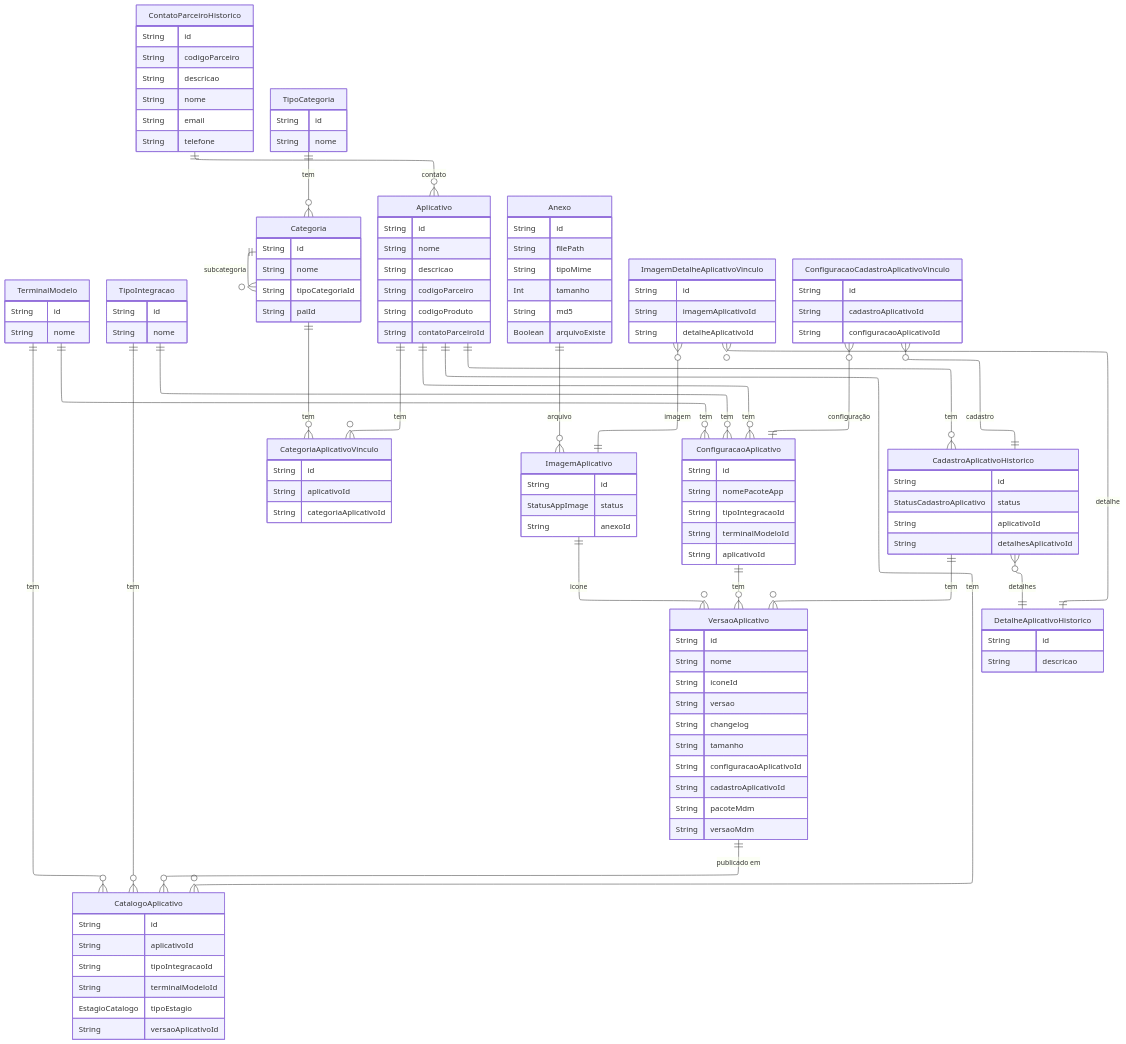
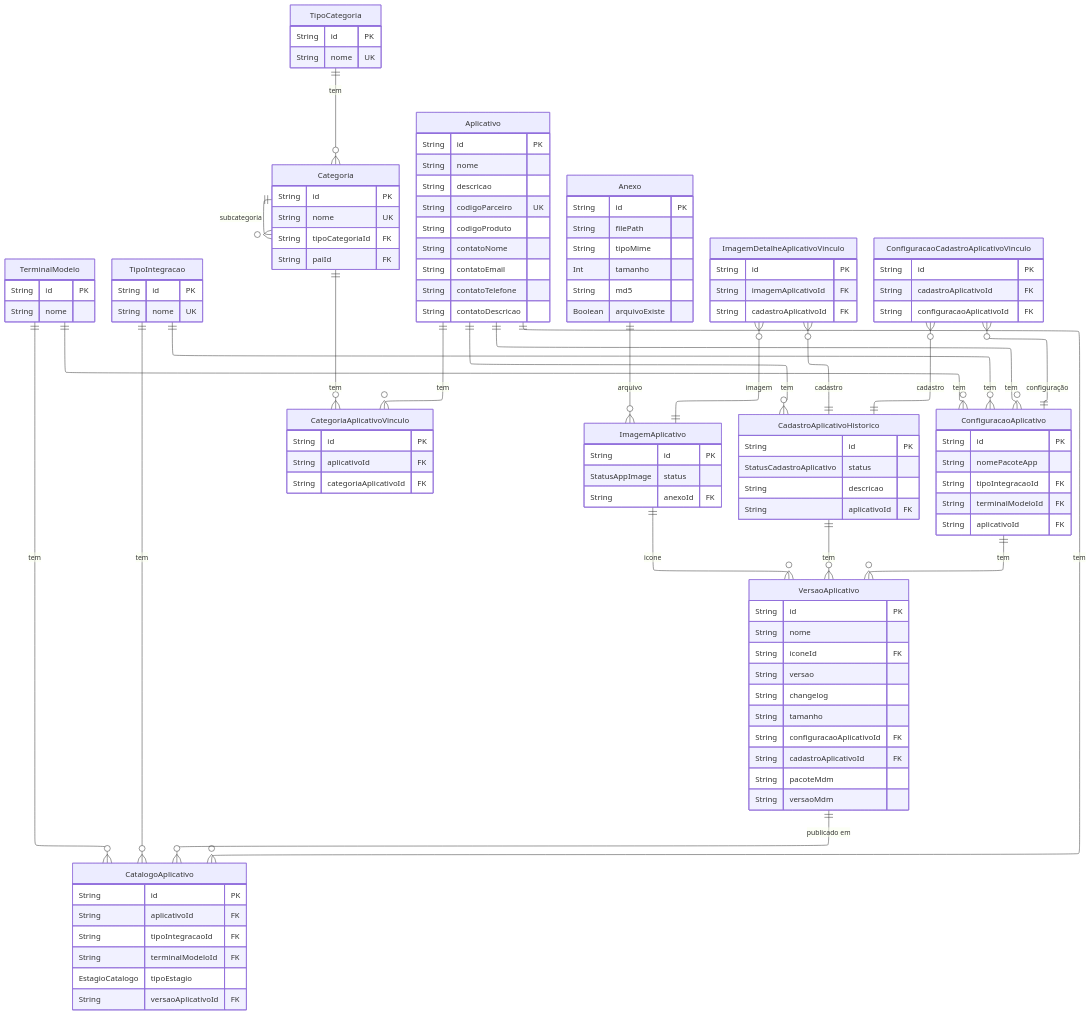
The diagram in docs/erdiagram.md (brunojet/store-nodejs), drawn with Mermaid before and after one commit. The commit also changed 5 other files, not shown here.

````diff
--- a/docs/erdiagram.md
+++ b/docs/erdiagram.md
@@ -8,103 +8,94 @@
 erDiagram
 	direction TB
 	TerminalModelo {
-		String id  ""
-		String nome  ""
+		String id PK
+		String nome
 	}
 	TipoIntegracao {
-		String id  ""
-		String nome  ""
-	}
-	ContatoParceiroHistorico {
-		String id  ""
-		String codigoParceiro  ""
-		String descricao  ""
-		String nome  ""
-		String email  ""
-		String telefone  ""
+		String id PK
+		String nome UK
 	}
 	TipoCategoria {
-		String id  ""
-		String nome  ""
+		String id PK
+		String nome UK
 	}
 	Categoria {
-		String id  ""
-		String nome  ""
-		String tipoCategoriaId  ""
-		String paiId  ""
+		String id PK
+		String nome UK
+		String tipoCategoriaId FK
+		String paiId FK
 	}
 	CategoriaAplicativoVinculo {
-		String id  ""
-		String aplicativoId  ""
-		String categoriaAplicativoId  ""
+		String id PK
+		String aplicativoId FK
+		String categoriaAplicativoId FK
 	}
 	Aplicativo {
-		String id  ""
-		String nome  ""
-		String descricao  ""
-		String codigoParceiro  ""
-		String codigoProduto  ""
-		String contatoParceiroId  ""
+		String id PK
+		String nome
+		String descricao
+		String codigoParceiro UK
+		String codigoProduto
+		String contatoNome
+		String contatoEmail
+		String contatoTelefone
+		String contatoDescricao
 	}
 	Anexo {
-		String id  ""
-		String filePath  ""
-		String tipoMime  ""
-		Int tamanho  ""
-		String md5  ""
-		Boolean arquivoExiste  ""
+		String id PK
+		String filePath
+		String tipoMime
+		Int tamanho
+		String md5
+		Boolean arquivoExiste
 	}
 	ImagemAplicativo {
-		String id  ""
-		StatusAppImage status  ""
-		String anexoId  ""
+		String id PK
+		StatusAppImage status
+		String anexoId FK
 	}
 	ImagemDetalheAplicativoVinculo {
-		String id  ""
-		String imagemAplicativoId  ""
-		String detalheAplicativoId  ""
+		String id PK
+		String imagemAplicativoId FK
+		String cadastroAplicativoId FK
 	}
-	DetalheAplicativoHistorico {
-		String id  ""
-		String descricao  ""
+	CadastroAplicativoHistorico {
+		String id PK
+		StatusCadastroAplicativo status
+		String descricao
+		String aplicativoId FK
 	}
 	ConfiguracaoAplicativo {
-		String id  ""
-		String nomePacoteApp  ""
-		String tipoIntegracaoId  ""
-		String terminalModeloId  ""
-		String aplicativoId  ""
+		String id PK
+		String nomePacoteApp
+		String tipoIntegracaoId FK
+		String terminalModeloId FK
+		String aplicativoId FK
 	}
 	ConfiguracaoCadastroAplicativoVinculo {
-		String id  ""
-		String cadastroAplicativoId  ""
-		String configuracaoAplicativoId  ""
-	}
-	CadastroAplicativoHistorico {
-		String id  ""
-		StatusCadastroAplicativo status  ""
-		String aplicativoId  ""
-		String detalhesAplicativoId  ""
+		String id PK
+		String cadastroAplicativoId FK
+		String configuracaoAplicativoId FK
 	}
 	VersaoAplicativo {
-		String id  ""
-		String nome  ""
-		String iconeId  ""
-		String versao  ""
-		String changelog  ""
-		String tamanho  ""
-		String configuracaoAplicativoId  ""
-		String cadastroAplicativoId  ""
-		String pacoteMdm  ""
-		String versaoMdm  ""
+		String id PK
+		String nome
+		String iconeId FK
+		String versao
+		String changelog
+		String tamanho
+		String configuracaoAplicativoId FK
+		String cadastroAplicativoId FK
+		String pacoteMdm
+		String versaoMdm
 	}
 	CatalogoAplicativo {
-		String id  ""
-		String aplicativoId  ""
-		String tipoIntegracaoId  ""
-		String terminalModeloId  ""
-		EstagioCatalogo tipoEstagio  ""
-		String versaoAplicativoId  ""
+		String id PK
+		String aplicativoId FK
+		String tipoIntegracaoId FK
+		String terminalModeloId FK
+		EstagioCatalogo tipoEstagio
+		String versaoAplicativoId FK
 	}
 
 	Aplicativo||--o{CatalogoAplicativo:"tem"
@@ -120,13 +111,11 @@
 	TipoIntegracao||--o{ConfiguracaoAplicativo:"tem"
 	ConfiguracaoAplicativo||--o{VersaoAplicativo:"tem"
 	CadastroAplicativoHistorico||--o{VersaoAplicativo:"tem"
-	CadastroAplicativoHistorico}o--||DetalheAplicativoHistorico:"detalhes"
 	VersaoAplicativo||--o{CatalogoAplicativo:"publicado em"
 	ImagemAplicativo||--o{VersaoAplicativo:"icone"
 	ImagemDetalheAplicativoVinculo}o--||ImagemAplicativo:"imagem"
-	ImagemDetalheAplicativoVinculo}o--||DetalheAplicativoHistorico:"detalhe"
+	ImagemDetalheAplicativoVinculo}o--||CadastroAplicativoHistorico:"cadastro"
 	Anexo||--o{ImagemAplicativo:"arquivo"
-	ContatoParceiroHistorico||--o{Aplicativo:"contato"
 	ConfiguracaoCadastroAplicativoVinculo}o--||CadastroAplicativoHistorico:"cadastro"
 	ConfiguracaoCadastroAplicativoVinculo}o--||ConfiguracaoAplicativo:"configuração"
 ```
````
